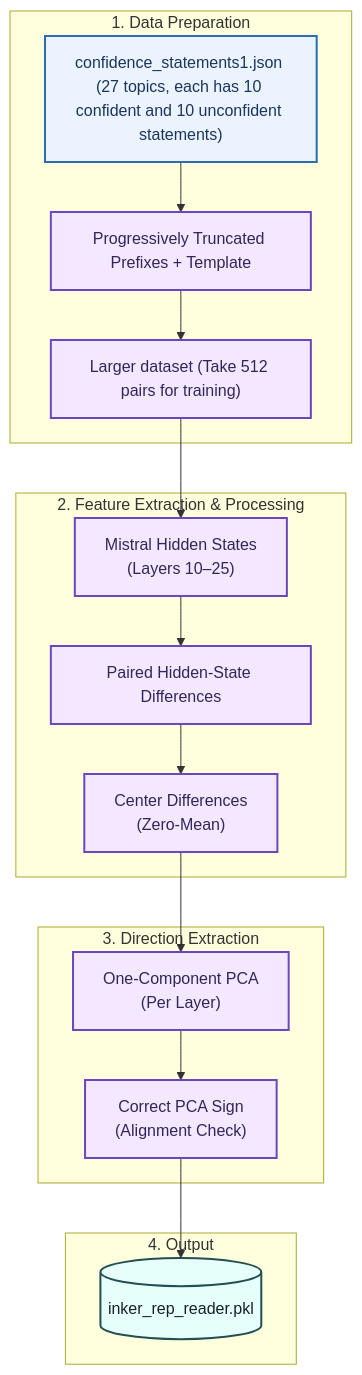
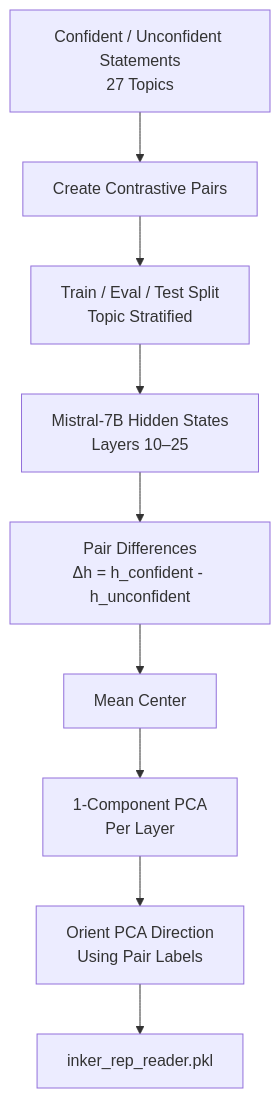
The first of 3 diagrams in README.md (TalaChehade/confidence-detector), drawn with Mermaid before and after one commit. The commit also changed other lines of this file, not shown here.

````diff
--- a/README.md
+++ b/README.md
@@ -13,33 +49,14 @@
 ```mermaid
 flowchart TD
-    subgraph Data ["1. Data Preparation"]
-        A["confidence_statements1.json (27 topics, each has 10 confident and 10 unconfident statements)"]
-        B["Progressively Truncated Prefixes + Template"]
-        C["Larger dataset (Take 512 pairs for training)"]
-    end
-
-    subgraph Feature ["2. Feature Extraction & Processing"]
-        D["Mistral Hidden States\n(Layers 10–25)"]
-        E["Paired Hidden-State Differences"]
-        F["Center Differences\n(Zero-Mean)"]
-    end
-
-    subgraph Direction ["3. Direction Extraction"]
-        G["One-Component PCA\n(Per Layer)"]
-        H["Correct PCA Sign\n(Alignment Check)"]
-    end
-
-    subgraph Storage ["4. Output"]
-        I[("inker_rep_reader.pkl")]
-    end
+    A["Confident / Unconfident Statements<br/>27 Topics"]
+    B["Create Contrastive Pairs"]
+    C["Train / Eval / Test Split<br/>Topic Stratified"]
+    D["Mistral-7B Hidden States<br/>Layers 10–25"]
+    E["Pair Differences<br/>Δh = h_confident - h_unconfident"]
+    F["Mean Center"]
+    G["1-Component PCA<br/>Per Layer"]
+    H["Orient PCA Direction<br/>Using Pair Labels"]
+    I["inker_rep_reader.pkl"]
 
     A --> B --> C --> D --> E --> F --> G --> H --> I
-
-    classDef input fill:#EBF3FF,stroke:#2B6CB0,color:#1A365D,stroke-width:2px;
-    classDef process fill:#F3E8FF,stroke:#6B46C1,color:#322659,stroke-width:2px;
-    classDef output fill:#E6FFFA,stroke:#234E52,color:#1A202C,stroke-width:2px;
-    
-    class A input;
-    class B,C,D,E,F,G,H process;
-    class I output;
 ```
````
